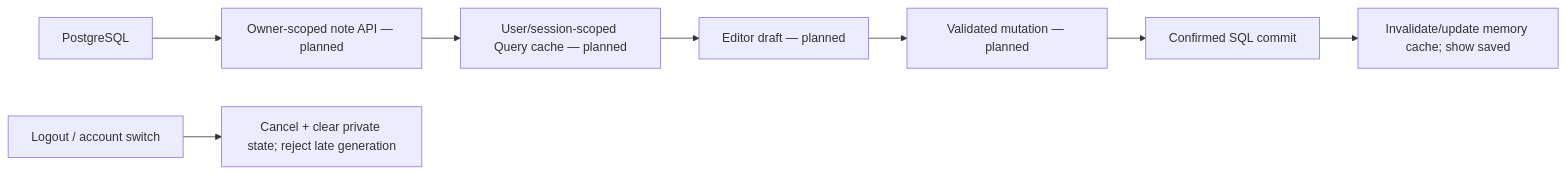
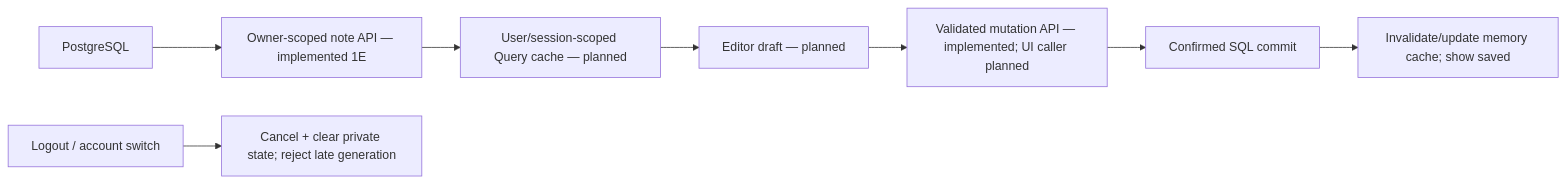
Before and after one commit to yuvrajsatyapal/MindMora: the diagram in docs/architecture/state-management.md, drawn with Mermaid. The commit also changed other lines of this file and 44 other files, not shown here.

Commit message:
feat: add owner-scoped note APIs with revision and retry safety

````diff
--- a/docs/architecture/state-management.md
+++ b/docs/architecture/state-management.md
@@ -36,10 +36,10 @@
 ```mermaid
 flowchart LR
-  DB["PostgreSQL"] --> API["Owner-scoped note API — planned"]
+  DB["PostgreSQL"] --> API["Owner-scoped note API — implemented 1E"]
   API --> Cache["User/session-scoped Query cache — planned"]
   Cache --> Draft["Editor draft — planned"]
-  Draft --> Write["Validated mutation — planned"]
+  Draft --> Write["Validated mutation API — implemented; UI caller planned"]
   Write --> Commit["Confirmed SQL commit"]
   Commit --> Update["Invalidate/update memory cache; show saved"]
   Switch["Logout / account switch"] --> Clear["Cancel + clear private state; reject late generation"]
 ```
````
